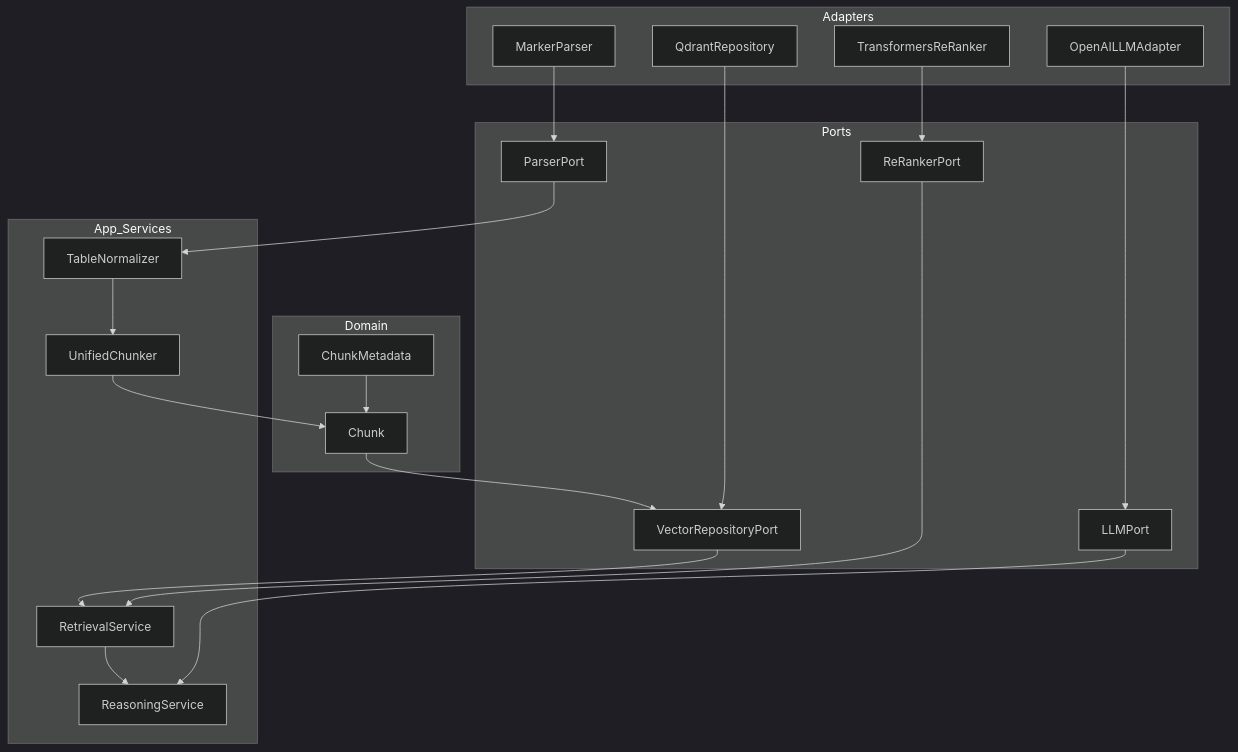
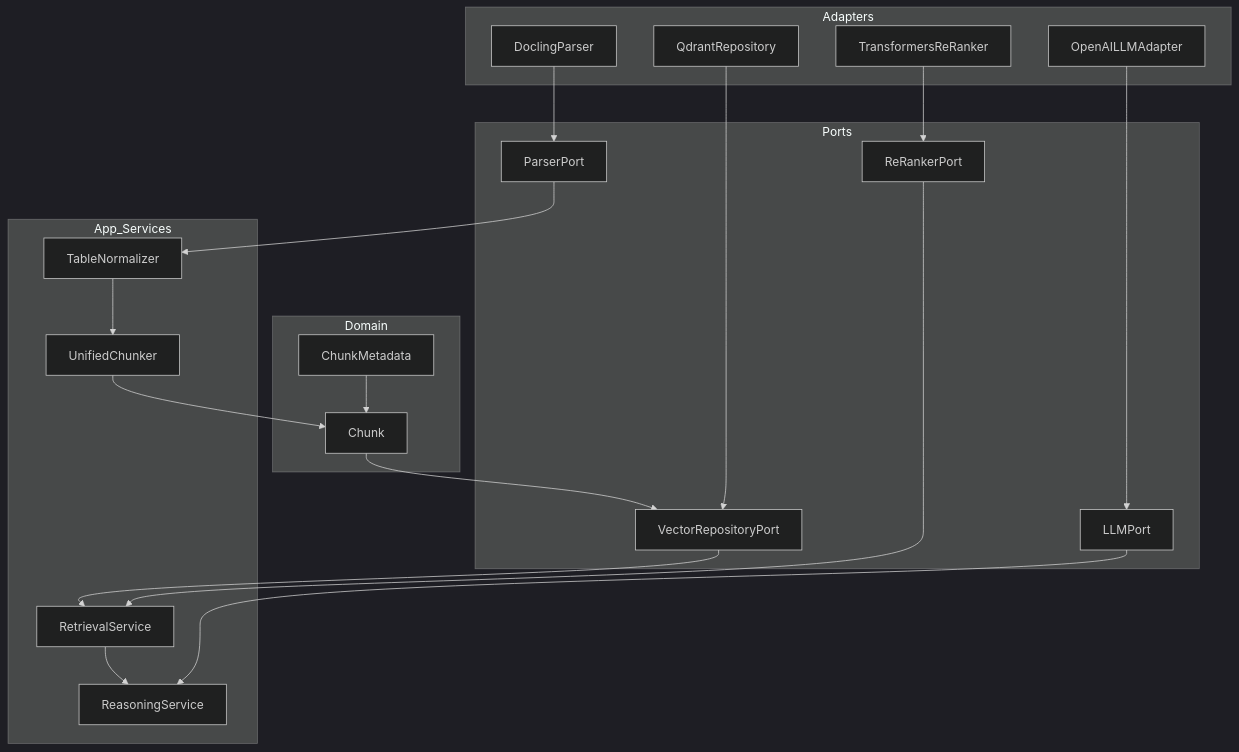
The second of 2 diagrams in README.md (AlessiaYanChen/medical-research-rag-pipeline), drawn with Mermaid (dark theme) before and after one commit. The commit also changed other lines of this file and 2 other files, not shown here.

Commit message:
docs: promote docling as active parser

````diff
--- a/README.md
+++ b/README.md
@@ -100,43 +102,43 @@
 ```mermaid
 flowchart TD
     subgraph Domain
         D1[Chunk]
         D2[ChunkMetadata]
     end
 
     subgraph Ports
         P1[ParserPort]
         P2[VectorRepositoryPort]
         P3[ReRankerPort]
         P4[LLMPort]
     end
 
     subgraph App_Services
         A1[TableNormalizer]
         A2[UnifiedChunker]
         A3[RetrievalService]
         A4[ReasoningService]
     end
 
     subgraph Adapters
-        X1[MarkerParser]
+        X1[DoclingParser]
         X2[QdrantRepository]
         X3[TransformersReRanker]
         X4[OpenAILLMAdapter]
     end
 
     X1 --> P1
     X2 --> P2
     X3 --> P3
     X4 --> P4
 
     P1 --> A1
     A1 --> A2
     A2 --> D1
     D2 --> D1
     D1 --> P2
     P2 --> A3
     P3 --> A3
     A3 --> A4
     P4 --> A4
 ```
````
